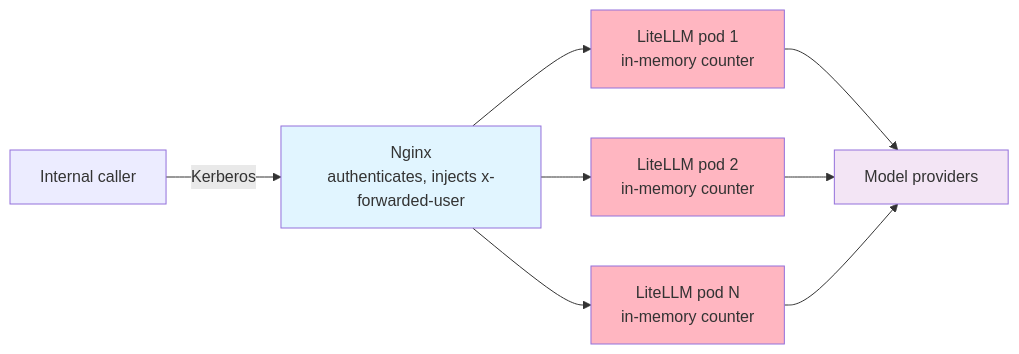
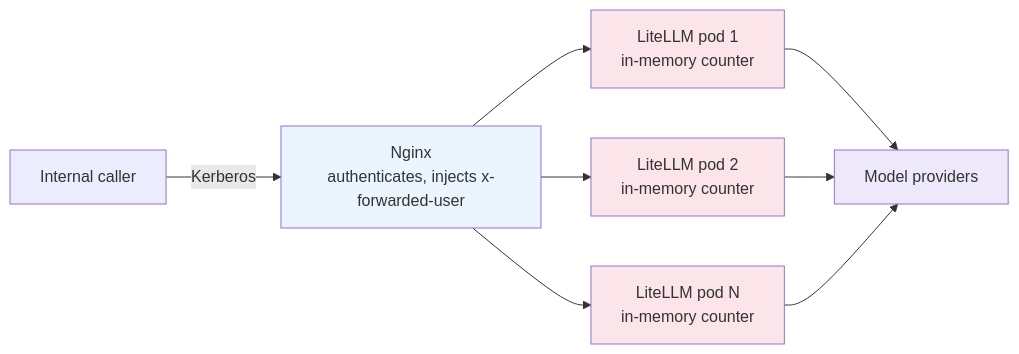
Before and after one commit to cartmancodes/InterviewVault: the first of 4 diagrams in LLD/SystemDesign/IntheWild/HowWeBuiltTheFirmwideLlmGateway.md, drawn with Mermaid. The commit also changed other lines of this file and 679 other files, not shown here.

Commit message:
Unify content diagrams and add accessible visual walkthroughs

````diff
--- a/LLD/SystemDesign/IntheWild/HowWeBuiltTheFirmwideLlmGateway.md
+++ b/LLD/SystemDesign/IntheWild/HowWeBuiltTheFirmwideLlmGateway.md
@@ -33,17 +33,17 @@
 ```mermaid
 flowchart LR
     U["Internal caller"] -->|"Kerberos"| N["Nginx<br/>authenticates, injects x-forwarded-user"]
     N --> L1["LiteLLM pod 1<br/>in-memory counter"]
     N --> L2["LiteLLM pod 2<br/>in-memory counter"]
     N --> L3["LiteLLM pod N<br/>in-memory counter"]
     L1 --> P["Model providers"]
     L2 --> P
     L3 --> P
 
-    classDef bad fill:#FFB6C1
-    classDef infra fill:#e1f5ff
-    classDef ext fill:#f3e5f5
+    classDef bad fill:#FCE5EA
+    classDef infra fill:#EAF5FD
+    classDef ext fill:#EDE8FA
     class L1,L2,L3 bad
     class N infra
     class P ext
 ```
````
